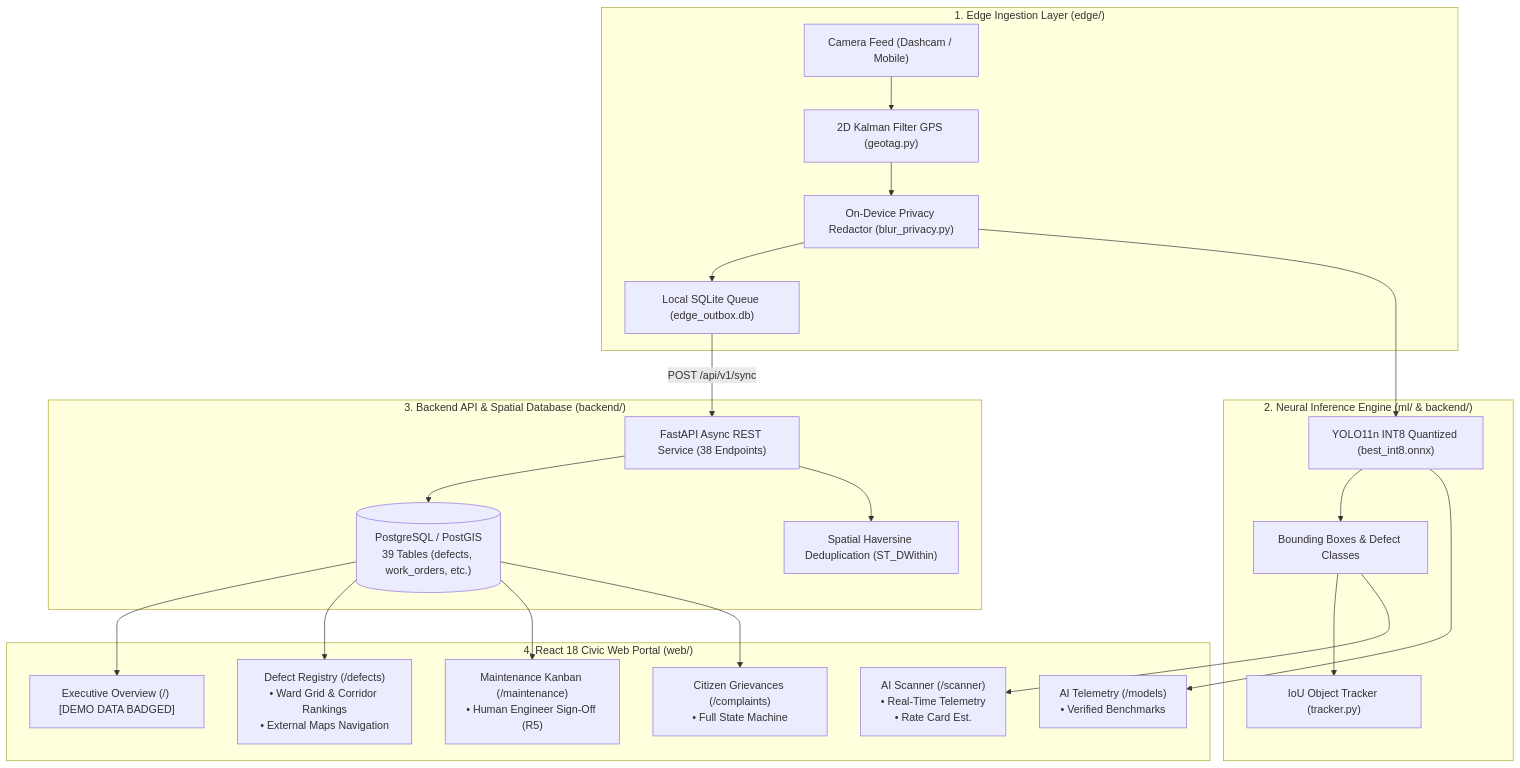
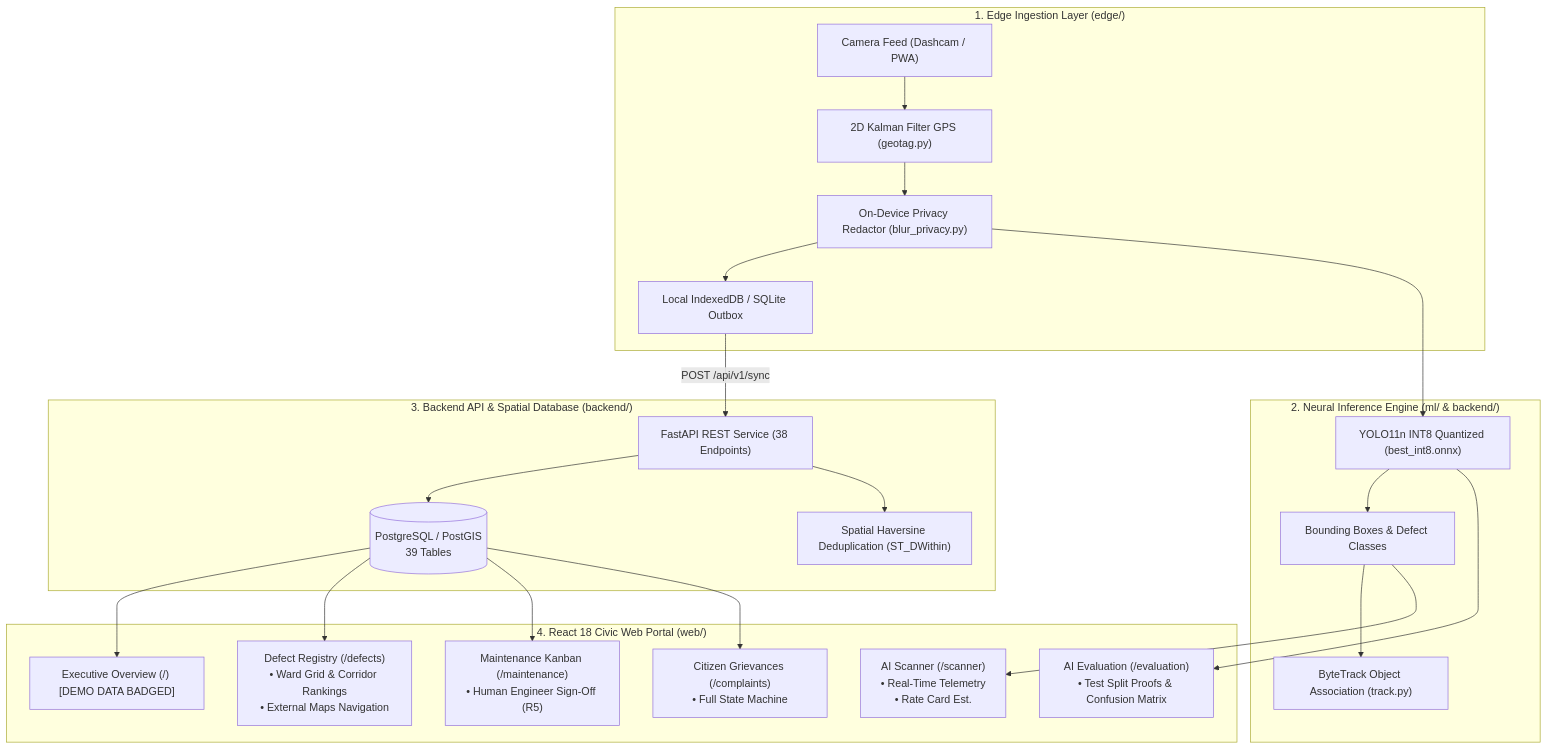
The diagram in README.md (Priya-Ranjan-0201/potholes), drawn with Mermaid before and after one commit. The commit also changed other lines of this file and 5 other files, not shown here.

````diff
--- a/README.md
+++ b/README.md
@@ -54,32 +116,32 @@
 ```mermaid
 flowchart TD
     subgraph EdgeCapture["1. Edge Ingestion Layer (edge/)"]
-        Dashcam["Camera Feed (Dashcam / Mobile)"]
+        Dashcam["Camera Feed (Dashcam / PWA)"]
         Geotag["2D Kalman Filter GPS (geotag.py)"]
         PrivacyShield["On-Device Privacy Redactor (blur_privacy.py)"]
-        Outbox["Local SQLite Queue (edge_outbox.db)"]
+        Outbox["Local IndexedDB / SQLite Outbox"]
         
         Dashcam --> Geotag --> PrivacyShield --> Outbox
     end
 
     subgraph NeuralEngine["2. Neural Inference Engine (ml/ & backend/)"]
         PrivacyShield --> YOLO["YOLO11n INT8 Quantized (best_int8.onnx)"]
         YOLO --> Detections["Bounding Boxes & Defect Classes"]
-        Detections --> IoUTracker["IoU Object Tracker (tracker.py)"]
+        Detections --> IoUTracker["ByteTrack Object Association (track.py)"]
     end
 
     subgraph GovernanceCore["3. Backend API & Spatial Database (backend/)"]
-        Outbox -->|POST /api/v1/sync| API["FastAPI Async REST Service (38 Endpoints)"]
-        API --> DB[("PostgreSQL / PostGIS\n39 Tables (defects, work_orders, etc.)")]
+        Outbox -->|POST /api/v1/sync| API["FastAPI REST Service (38 Endpoints)"]
+        API --> DB[("PostgreSQL / PostGIS\n39 Tables")]
         API --> Deduplication["Spatial Haversine Deduplication (ST_DWithin)"]
     end
 
     subgraph WebPortal["4. React 18 Civic Web Portal (web/)"]
         DB --> Dashboard["Executive Overview (/) [DEMO DATA BADGED]"]
         Detections --> Scanner["AI Scanner (/scanner)\n• Real-Time Telemetry\n• Rate Card Est."]
         DB --> DefectReg["Defect Registry (/defects)\n• Ward Grid & Corridor Rankings\n• External Maps Navigation"]
         DB --> Kanban["Maintenance Kanban (/maintenance)\n• Human Engineer Sign-Off (R5)"]
         DB --> Grievance["Citizen Grievances (/complaints)\n• Full State Machine"]
-        YOLO --> Models["AI Telemetry (/models)\n• Verified Benchmarks"]
+        YOLO --> Eval["AI Evaluation (/evaluation)\n• Test Split Proofs & Confusion Matrix"]
     end
 ```
````
